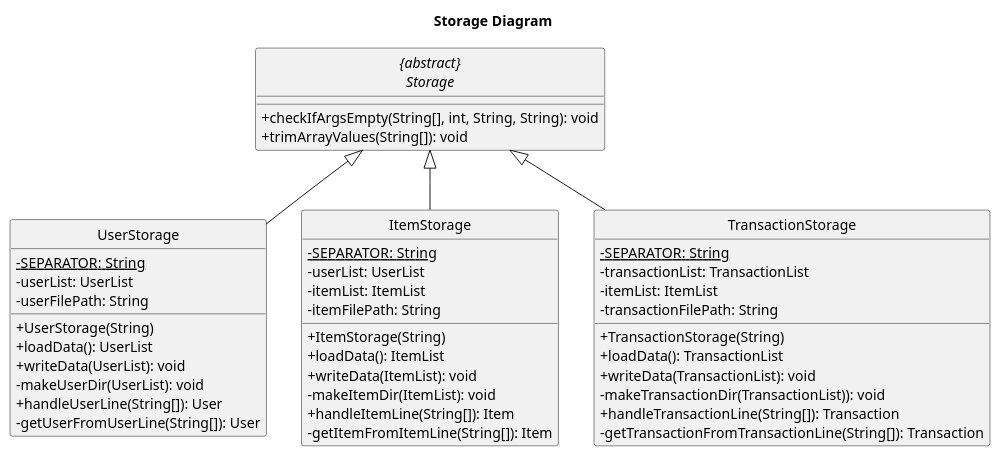
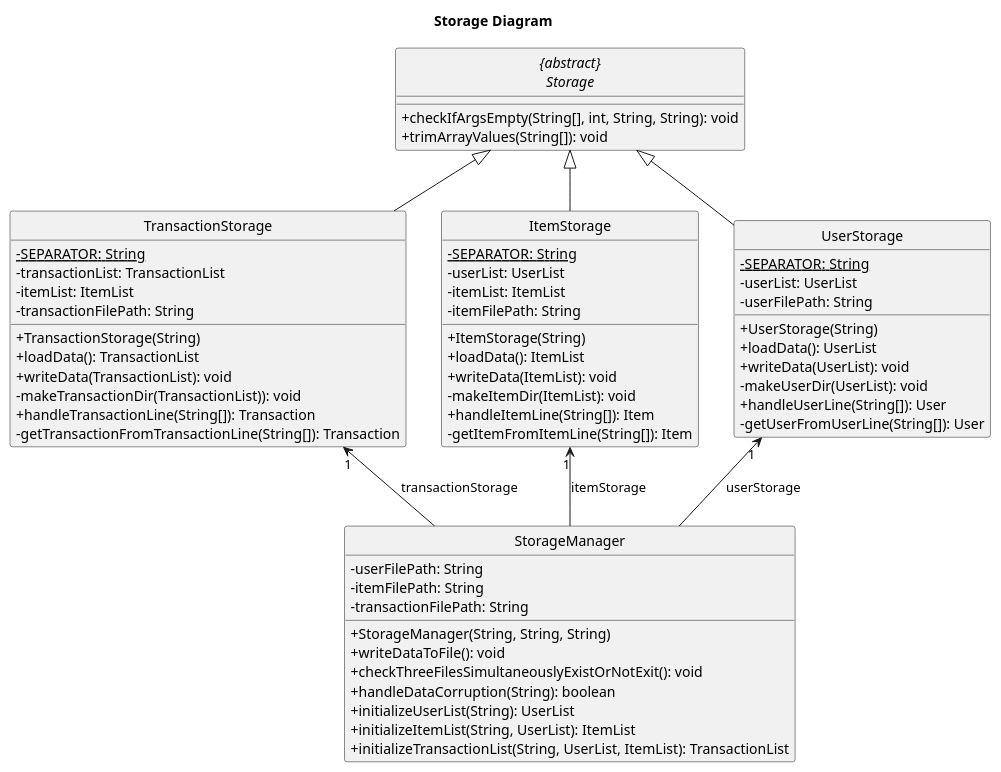
One commit to nus-cs2113-AY2223S1/tp changed the diagram in docs/diagrams/storage/StorageClass.puml. Above: the diagram before and after it, drawn with PlantUML. The commit also changed 4 other files, not shown here.

```diff
--- a/docs/diagrams/storage/StorageClass.puml
+++ b/docs/diagrams/storage/StorageClass.puml
@@ -1,54 +1,76 @@
 @startuml
 title Storage Diagram
 
 skinparam classAttributeIconSize 0
 hide footbox
 hide circle
 
 abstract class "{abstract}\nStorage" {
     + checkIfArgsEmpty(String[], int, String, String): void
     + trimArrayValues(String[]): void
 }
 
 class UserStorage {
     {static} - SEPARATOR: String
     - userList: UserList
     - userFilePath: String
     + UserStorage(String)
     + loadData(): UserList
     + writeData(UserList): void
     - makeUserDir(UserList): void
     + handleUserLine(String[]): User
     - getUserFromUserLine(String[]): User
 }
 
 class ItemStorage {
     {static} - SEPARATOR: String
     - userList: UserList
     - itemList: ItemList
     - itemFilePath: String
     + ItemStorage(String)
     + loadData(): ItemList
     + writeData(ItemList): void
     - makeItemDir(ItemList): void
     + handleItemLine(String[]): Item
     - getItemFromItemLine(String[]): Item
 }
 
 class TransactionStorage {
     {static} - SEPARATOR: String
     - transactionList: TransactionList
     - itemList: ItemList
     - transactionFilePath: String
     + TransactionStorage(String)
     + loadData(): TransactionList
     + writeData(TransactionList): void
     - makeTransactionDir(TransactionList)): void
     + handleTransactionLine(String[]): Transaction
     - getTransactionFromTransactionLine(String[]): Transaction
 }
+class StorageManager {
+    - userFilePath: String
+    - itemFilePath: String
+    - transactionFilePath: String
+    + StorageManager(String, String, String)
+    + writeDataToFile(): void
+    + checkThreeFilesSimultaneouslyExistOrNotExit(): void
+    + handleDataCorruption(String): boolean
+    + initializeUserList(String): UserList
+    + initializeItemList(String, UserList): ItemList
+    + initializeTransactionList(String, UserList, ItemList): TransactionList
+}
+
+together {
+    class UserStorage
+    class ItemStorage
+    class TransactionStorage
+}
 
 "{abstract}\nStorage" <|-- UserStorage
 "{abstract}\nStorage" <|-- ItemStorage
 "{abstract}\nStorage" <|-- TransactionStorage
+StorageManager -up-> "1" UserStorage: userStorage
+StorageManager -up-> "1" ItemStorage: itemStorage
+StorageManager -up-> "1" TransactionStorage: transactionStorage
+
 @enduml
```
